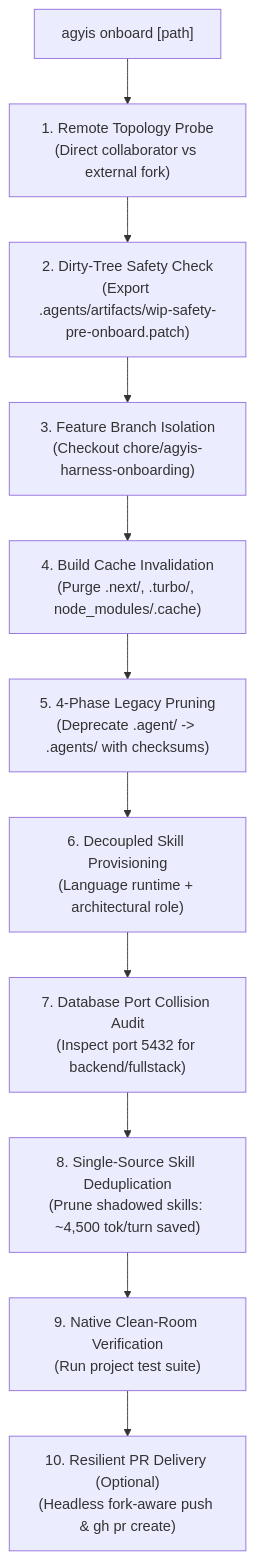
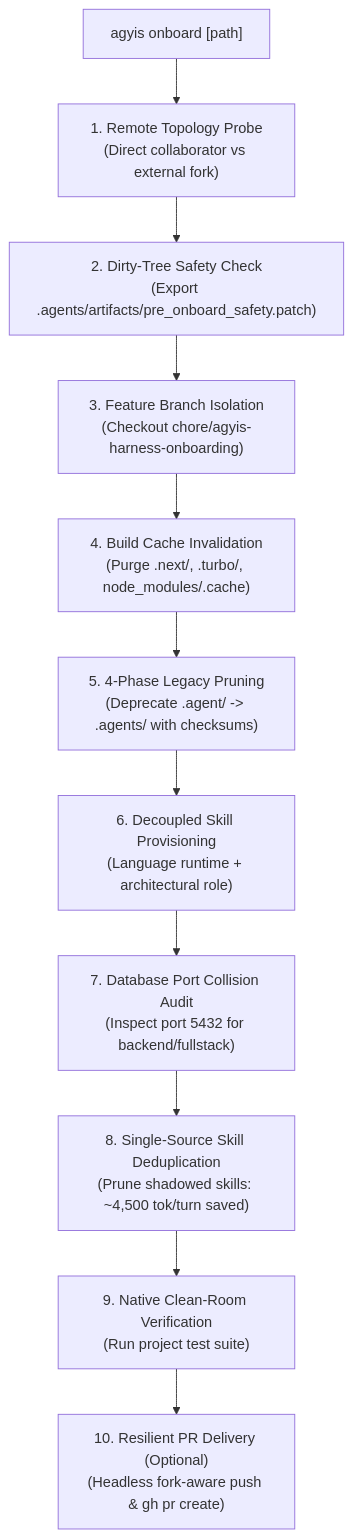
Before and after one commit to kuasha420/agyis-harness: the diagram in README.md, drawn with Mermaid. The commit also changed other lines of this file and 23 other files, not shown here.

````diff
--- a/README.md
+++ b/README.md
@@ -122,13 +124,13 @@
 ```mermaid
 flowchart TD
     Start["agyis onboard [path]"] --> Probe["1. Remote Topology Probe\n(Direct collaborator vs external fork)"]
-    Probe --> Safety["2. Dirty-Tree Safety Check\n(Export .agents/artifacts/wip-safety-pre-onboard.patch)"]
+    Probe --> Safety["2. Dirty-Tree Safety Check\n(Export .agents/artifacts/pre_onboard_safety.patch)"]
     Safety --> Branch["3. Feature Branch Isolation\n(Checkout chore/agyis-harness-onboarding)"]
     Branch --> Cache["4. Build Cache Invalidation\n(Purge .next/, .turbo/, node_modules/.cache)"]
     Cache --> Harm["5. 4-Phase Legacy Pruning\n(Deprecate .agent/ -> .agents/ with checksums)"]
     Harm --> Skills["6. Decoupled Skill Provisioning\n(Language runtime + architectural role)"]
     Skills --> DB["7. Database Port Collision Audit\n(Inspect port 5432 for backend/fullstack)"]
     DB --> Dedup["8. Single-Source Skill Deduplication\n(Prune shadowed skills: ~4,500 tok/turn saved)"]
     Dedup --> Verify["9. Native Clean-Room Verification\n(Run project test suite)"]
     Verify --> PR["10. Resilient PR Delivery (Optional)\n(Headless fork-aware push & gh pr create)"]
 ```
````
